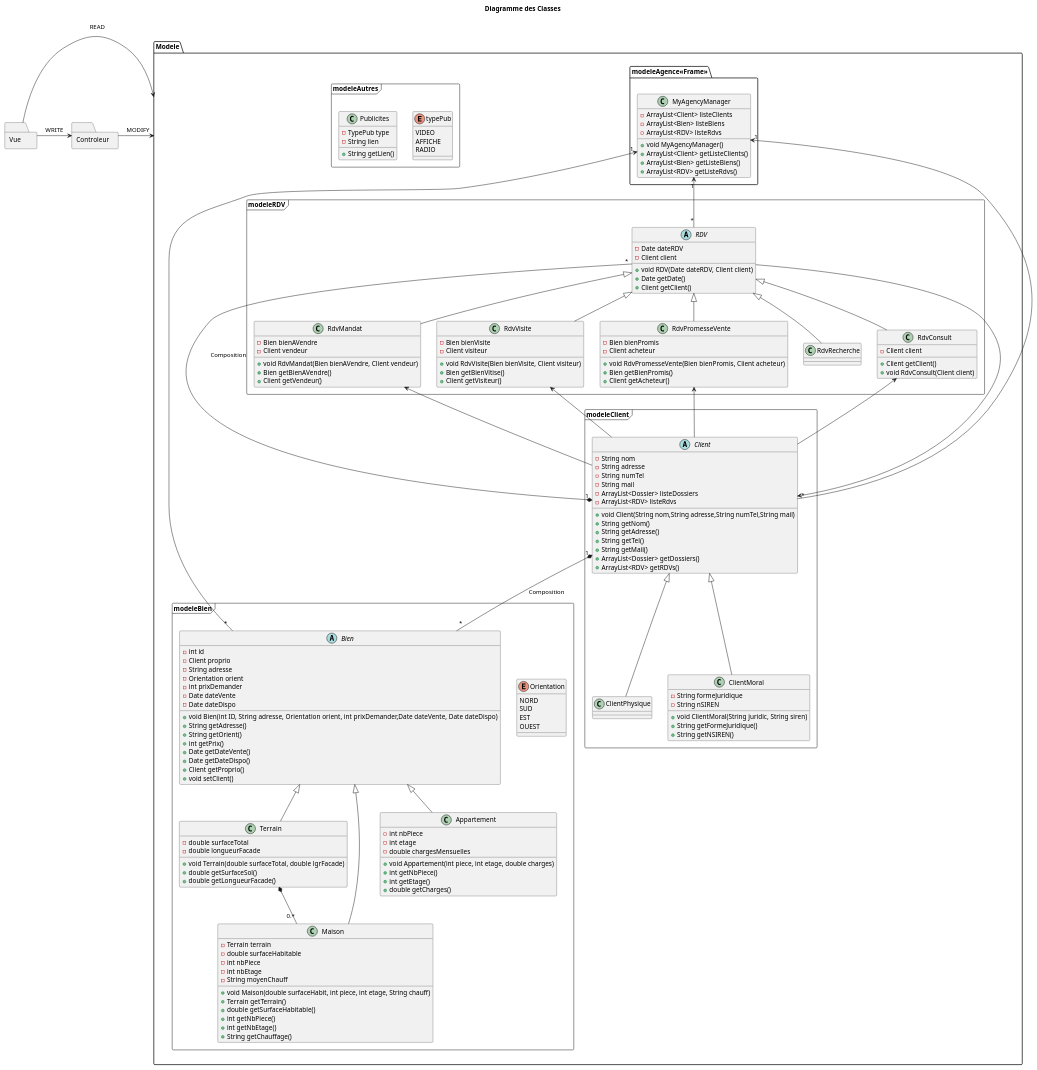
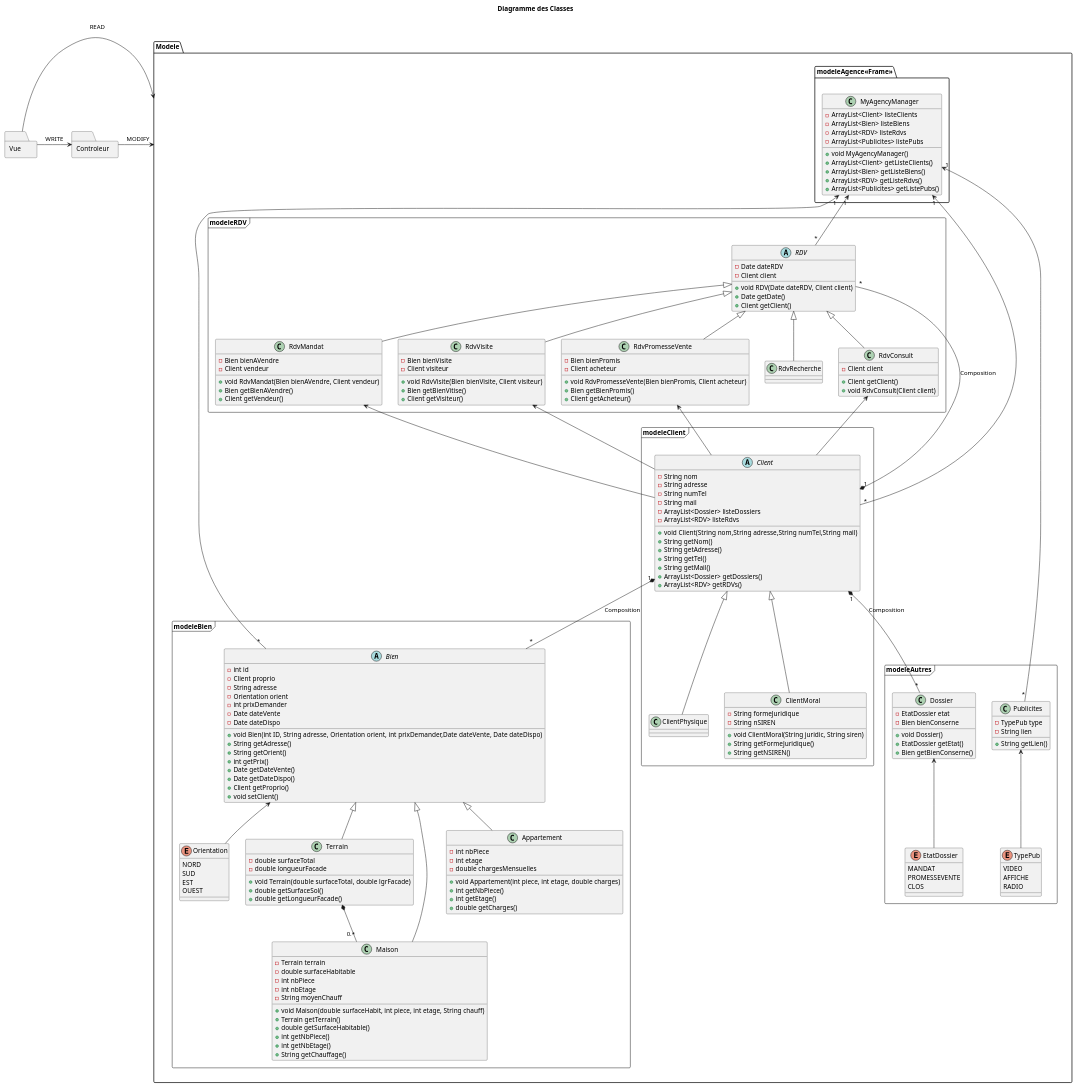
The diagram in DossierConception/Class_v2.pu (Arnaud-Sibade-Tlse/ProjetUML_Miashs), drawn with PlantUML before and after one commit.

Commit message:
CLASS : modif relation/cardinalitées, ajout Dossier

```diff
--- a/DossierConception/Class_v2.pu
+++ b/DossierConception/Class_v2.pu
@@ -9,10 +9,12 @@
           -ArrayList<Client> listeClients
           -ArrayList<Bien> listeBiens
           -ArrayList<RDV> listeRdvs
+          -ArrayList<Publicites> listePubs
           +void MyAgencyManager()
           +ArrayList<Client> getListeClients()
           +ArrayList<Bien> getListeBiens()
 		  +ArrayList<RDV> getListeRdvs()
+		  +ArrayList<Publicites> getListePubs()
         }
     }
     package modeleClient <<Frame>> {
@@ -145,7 +147,7 @@
 
     package modeleAutres <<Frame>> {
 	
-		enum typePub{
+		enum TypePub{
 		  VIDEO
 		  AFFICHE
 		  RADIO
@@ -155,22 +157,39 @@
           -String lien
           +String getLien()
         }
+		
+		enum EtatDossier{
+		  MANDAT
+		  PROMESSEVENTE
+		  CLOS
+		}
+		class Dossier{
+			-EtatDossier etat
+			-Bien bienConserne
+			+void Dossier()
+			+EtatDossier getEtat()
+			+Bien getBienConserne()
+		}
     }
     
     MyAgencyManager "1" <-- "*" Client
     MyAgencyManager "1" <-- "*" Bien
     MyAgencyManager "1" <-- "*" RDV
-    
-    Client <--  RDV
+    MyAgencyManager "1" <-- "*" Publicites
     
     RdvMandat  <--  Client
     RdvVisite  <--  Client
     RdvPromesseVente  <--  Client
     RdvConsult  <--  Client
+	
+	Bien <-- Orientation
+	Dossier <-- EtatDossier
+	Publicites <-- TypePub
 }
 
 Client "1" *-- "*" Bien: Composition
 Client "1" *-- "*" RDV: Composition
+Client "1" *-- "*" Dossier: Composition
 
 package Vue <<Folder>> {
 }
```
